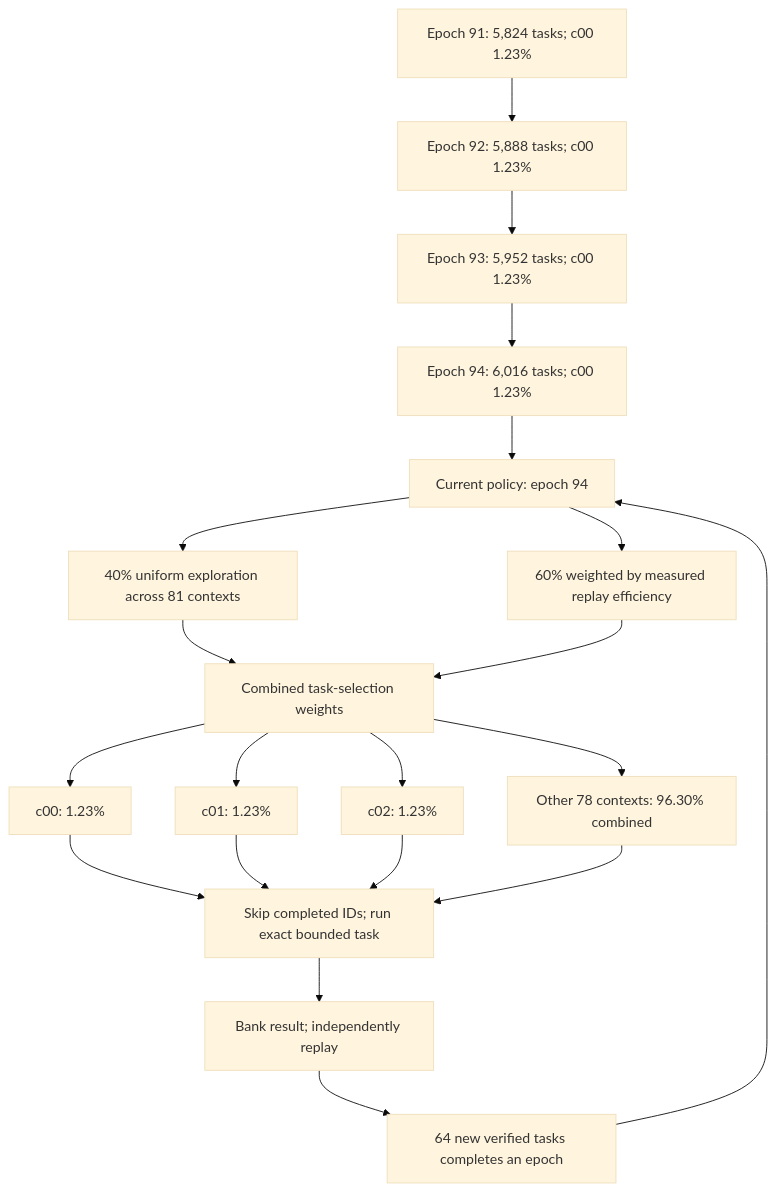
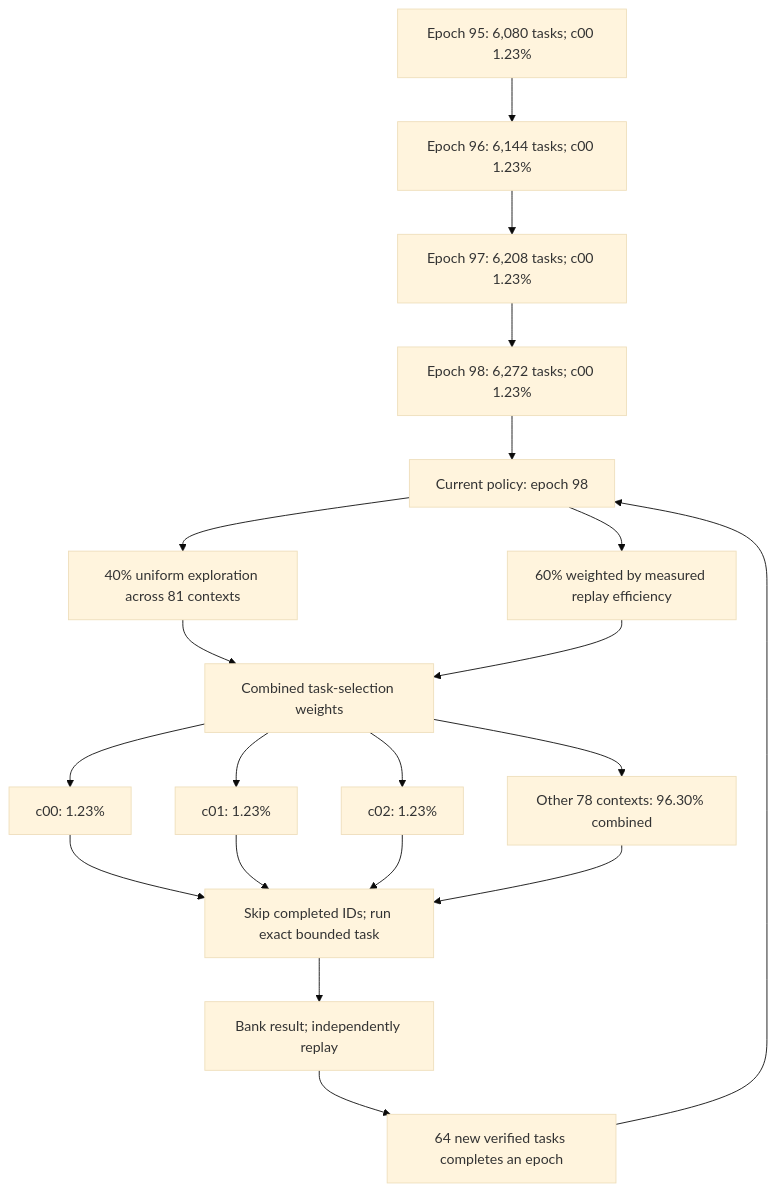
The diagram in README.md (Kuberwastaken/math-gambling), drawn with Mermaid (base theme) before and after one commit. The commit also changed other lines of this file and 593 other files, not shown here.

````diff
--- a/README.md
+++ b/README.md
@@ -48,27 +48,27 @@
 ```mermaid
 flowchart TD
-    H0["Epoch 91: 5,824 tasks; c00 1.23%"]
-    H1["Epoch 92: 5,888 tasks; c00 1.23%"]
+    H0["Epoch 95: 6,080 tasks; c00 1.23%"]
+    H1["Epoch 96: 6,144 tasks; c00 1.23%"]
     H0 --> H1
-    H2["Epoch 93: 5,952 tasks; c00 1.23%"]
+    H2["Epoch 97: 6,208 tasks; c00 1.23%"]
     H1 --> H2
-    H3["Epoch 94: 6,016 tasks; c00 1.23%"]
+    H3["Epoch 98: 6,272 tasks; c00 1.23%"]
     H2 --> H3
-    Policy["Current policy: epoch 94"]
+    Policy["Current policy: epoch 98"]
     H3 --> Policy
     Policy --> Explore["40% uniform exploration across 81 contexts"]
     Policy --> Cost["60% weighted by measured replay efficiency"]
     Explore --> Mix["Combined task-selection weights"]
     Cost --> Mix
     Mix --> C0["c00: 1.23%"]
     Mix --> C1["c01: 1.23%"]
     Mix --> C2["c02: 1.23%"]
     Mix --> Rest["Other 78 contexts: 96.30% combined"]
     C0 --> Check["Skip completed IDs; run exact bounded task"]
     C1 --> Check
     C2 --> Check
     Rest --> Check
     Check --> Replay["Bank result; independently replay"]
     Replay --> Gate["64 new verified tasks completes an epoch"]
     Gate --> Policy
 ```
````
